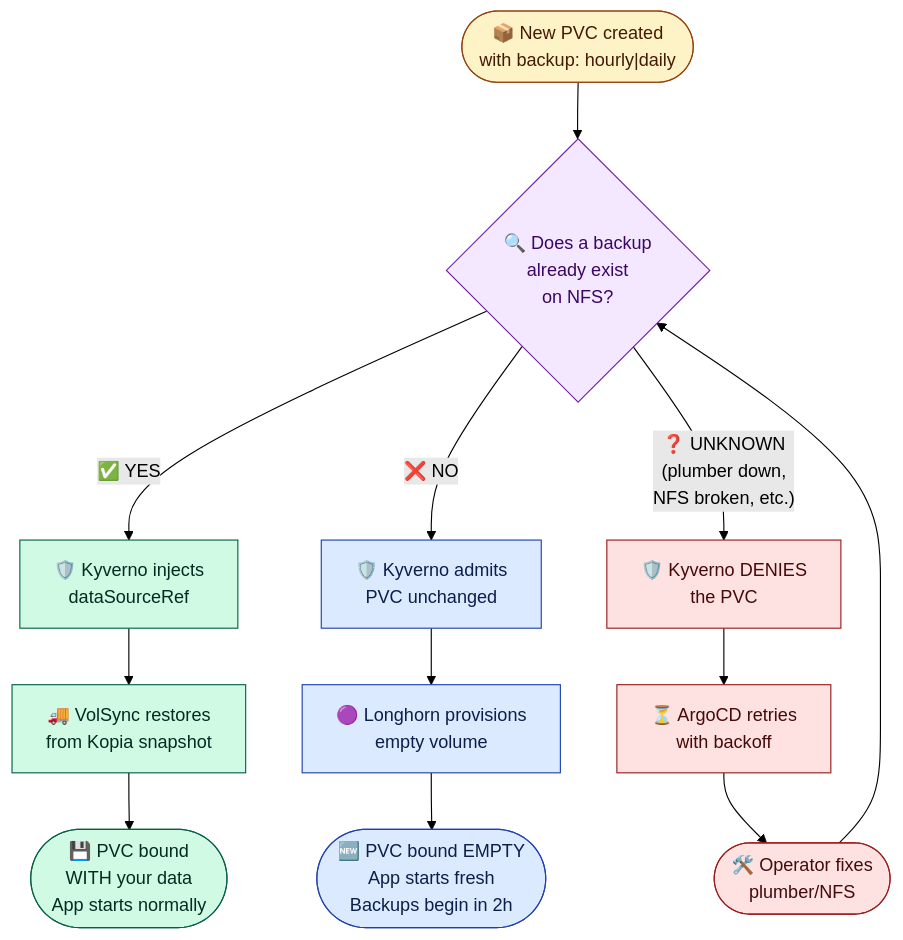
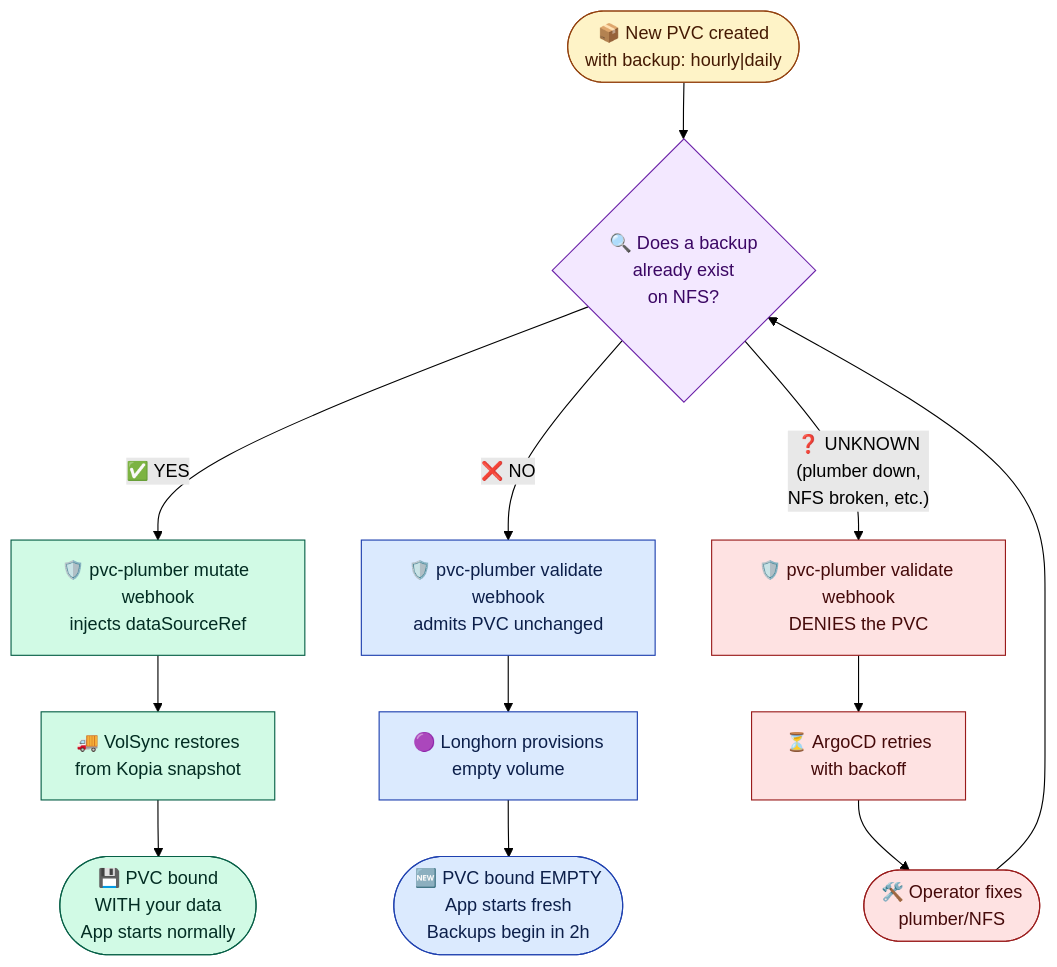
Before and after one commit to mitchross/talos-argocd-proxmox: the third of 6 diagrams in docs/volsync-storage-recovery.md, drawn with Mermaid (forest theme). The commit also changed other lines of this file and 3 other files, not shown here.

````diff
--- a/docs/volsync-storage-recovery.md
+++ b/docs/volsync-storage-recovery.md
@@ -194,28 +192,28 @@
 ```mermaid
 flowchart TD
     START(["📦 New PVC created<br/>with backup: hourly|daily"]) --> Q{"🔍 Does a backup<br/>already exist<br/>on NFS?"}
 
-    Q -->|"✅ YES"| R1["🛡️ Kyverno injects<br/>dataSourceRef"]
+    Q -->|"✅ YES"| R1["🛡️ pvc-plumber mutate webhook<br/>injects dataSourceRef"]
     R1 --> R2["🚚 VolSync restores<br/>from Kopia snapshot"]
     R2 --> R3(["💾 PVC bound<br/>WITH your data<br/>App starts normally"])
 
-    Q -->|"❌ NO"| F1["🛡️ Kyverno admits<br/>PVC unchanged"]
+    Q -->|"❌ NO"| F1["🛡️ pvc-plumber validate webhook<br/>admits PVC unchanged"]
     F1 --> F2["🟣 Longhorn provisions<br/>empty volume"]
     F2 --> F3(["🆕 PVC bound EMPTY<br/>App starts fresh<br/>Backups begin in 2h"])
 
-    Q -->|"❓ UNKNOWN<br/>(plumber down,<br/>NFS broken, etc.)"| D1["🛡️ Kyverno DENIES<br/>the PVC"]
+    Q -->|"❓ UNKNOWN<br/>(plumber down,<br/>NFS broken, etc.)"| D1["🛡️ pvc-plumber validate webhook<br/>DENIES the PVC"]
     D1 --> D2["⏳ ArgoCD retries<br/>with backoff"]
     D2 --> D3(["🛠️ Operator fixes<br/>plumber/NFS"])
     D3 --> Q
 
     classDef start fill:#fef3c7,stroke:#92400e,color:#451a03;
     classDef restore fill:#d1fae5,stroke:#065f46,color:#022c22;
     classDef fresh fill:#dbeafe,stroke:#1e40af,color:#0c1f4a;
     classDef block fill:#fee2e2,stroke:#991b1b,color:#450a0a;
     classDef decision fill:#f3e8ff,stroke:#6b21a8,color:#3b0764;
     class START start;
     class Q decision;
     class R1,R2,R3 restore;
     class F1,F2,F3 fresh;
     class D1,D2,D3 block;
 ```
````
